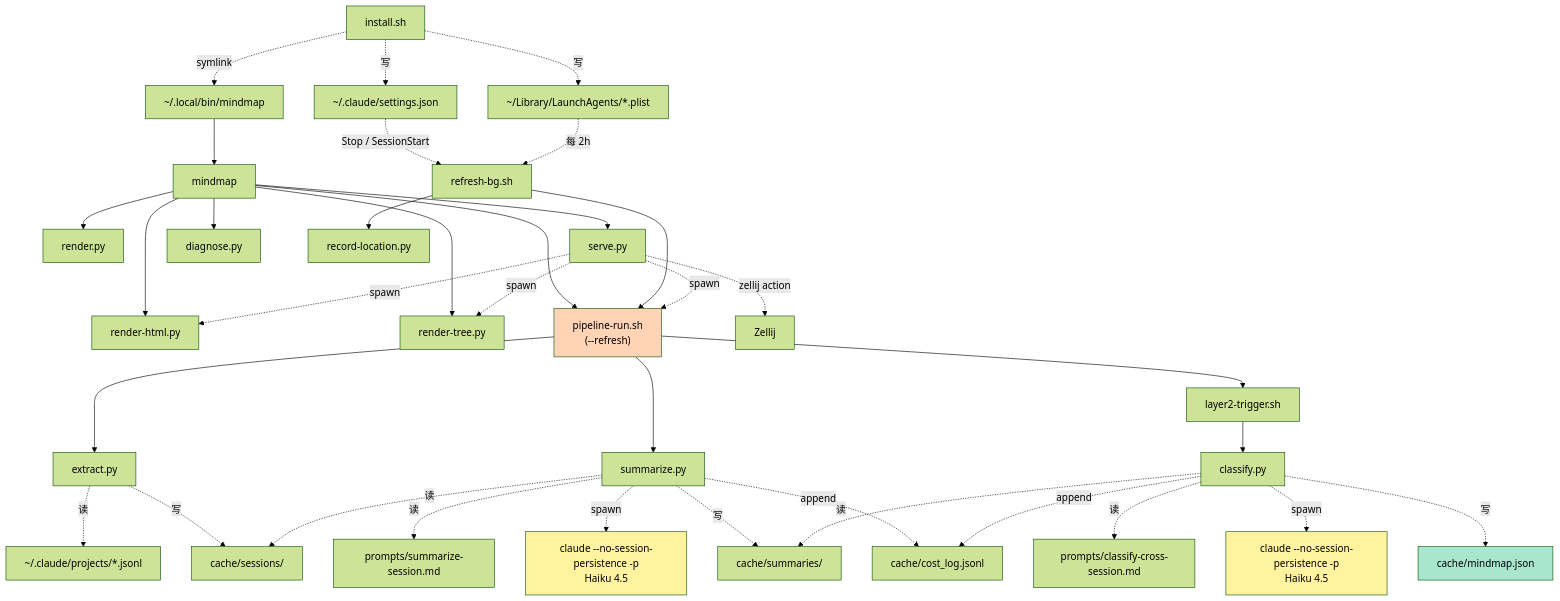
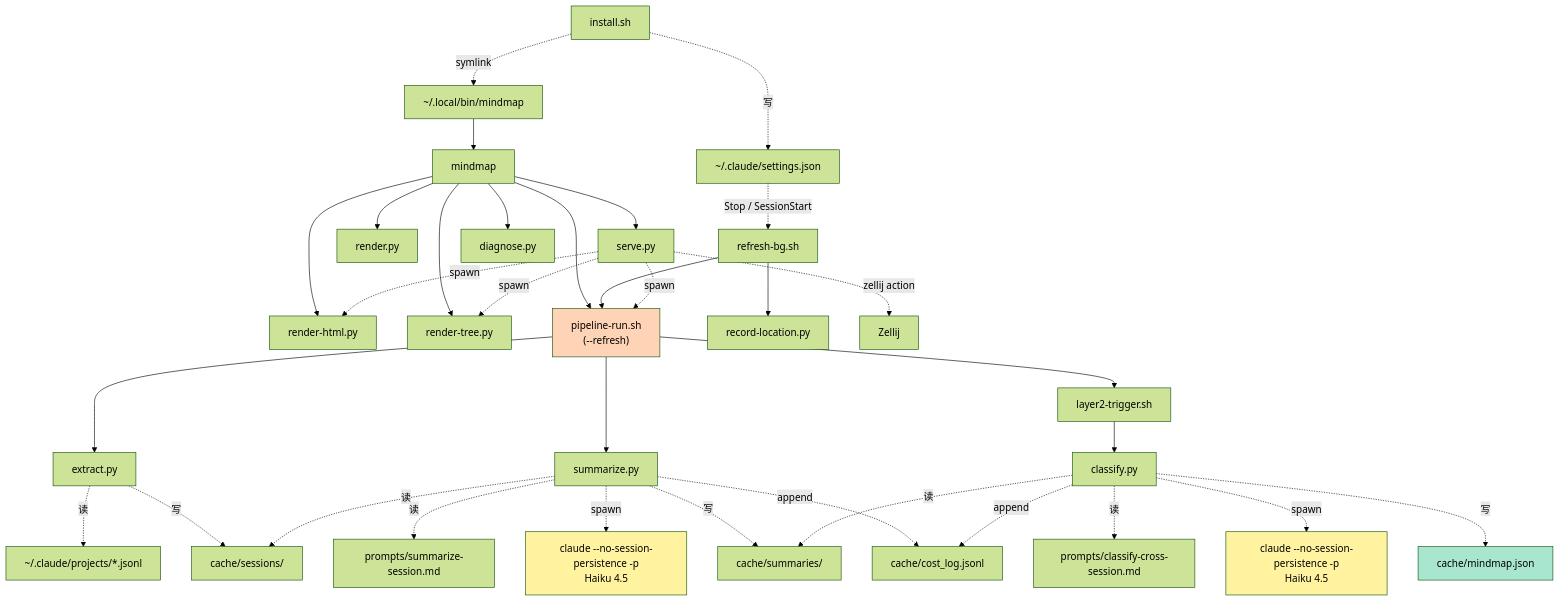
Before and after one commit to Icesource/claude-code-worktree: the second of 8 diagrams in docs/zh-CN/ARCHITECTURE.md, drawn with Mermaid (forest theme). The commit also changed other lines of this file and 6 other files, not shown here.

````diff
--- a/docs/zh-CN/ARCHITECTURE.md
+++ b/docs/zh-CN/ARCHITECTURE.md
@@ -139,50 +140,48 @@
 ```mermaid
 graph TD
     install["install.sh"] -.->|写| set["~/.claude/settings.json"]
     install -.->|symlink| sym["~/.local/bin/mindmap"]
-    install -.->|写| la["~/Library/LaunchAgents/*.plist"]
 
     set -.->|"Stop / SessionStart"| bg["refresh-bg.sh"]
-    la -.->|"每 2h"| bg
     sym --> mm["mindmap"]
 
     mm --> render["render.py"]
     mm --> rh["render-html.py"]
     mm --> rt["render-tree.py"]
     mm --> srv["serve.py"]
     mm --> diag["diagnose.py"]
     mm --> prun["pipeline-run.sh<br/>(--refresh)"]
 
     bg --> rec["record-location.py"]
     bg --> prun
 
     prun --> ext["extract.py"]
     prun --> sum["summarize.py"]
     prun --> trig["layer2-trigger.sh"]
     trig --> cls["classify.py"]
 
     sum -.->|读| p1["prompts/summarize-session.md"]
     cls -.->|读| p2["prompts/classify-cross-session.md"]
 
     sum -.->|spawn| claude1["claude --no-session-persistence -p<br/>Haiku 4.5"]
     cls -.->|spawn| claude2["claude --no-session-persistence -p<br/>Haiku 4.5"]
 
     srv -.->|spawn| rh
     srv -.->|spawn| rt
     srv -.->|spawn| prun
     srv -.->|"zellij action"| zj["Zellij"]
 
     ext -.->|读| jl["~/.claude/projects/*.jsonl"]
     ext -.->|写| sess["cache/sessions/"]
     sum -.->|读| sess
     sum -.->|写| sumdir["cache/summaries/"]
     cls -.->|读| sumdir
     cls -.->|写| mj["cache/mindmap.json"]
     sum -.->|append| cl["cache/cost_log.jsonl"]
     cls -.->|append| cl
 
     style mj fill:#a8e6cf,color:#000
     style claude1 fill:#fff3a0,color:#000
     style claude2 fill:#fff3a0,color:#000
     style prun fill:#ffd3b6,color:#000
 ```
````
